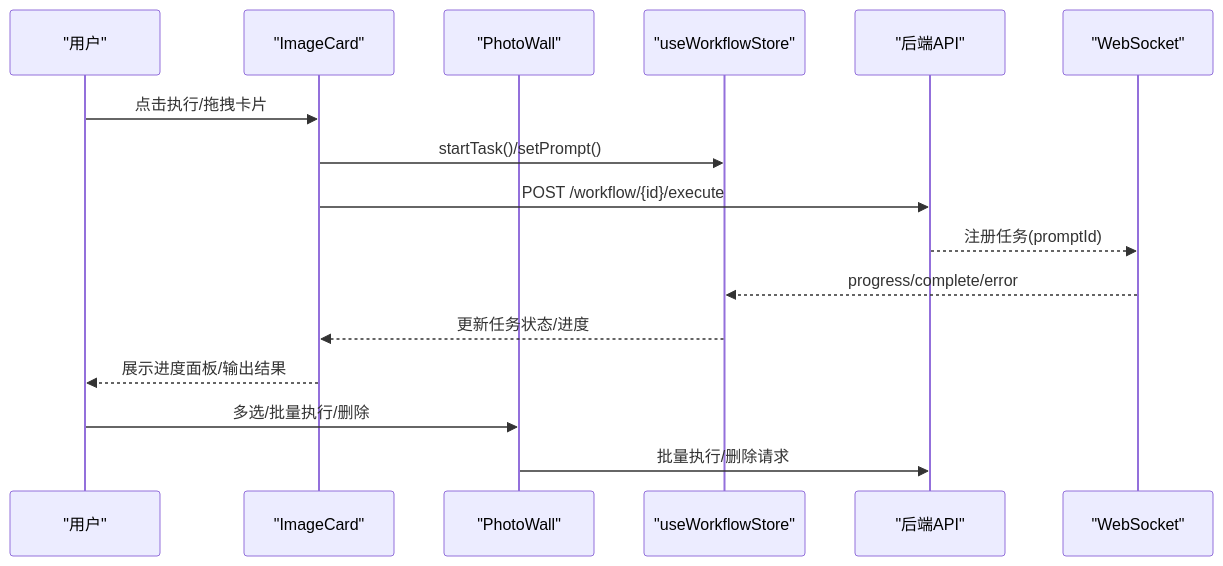
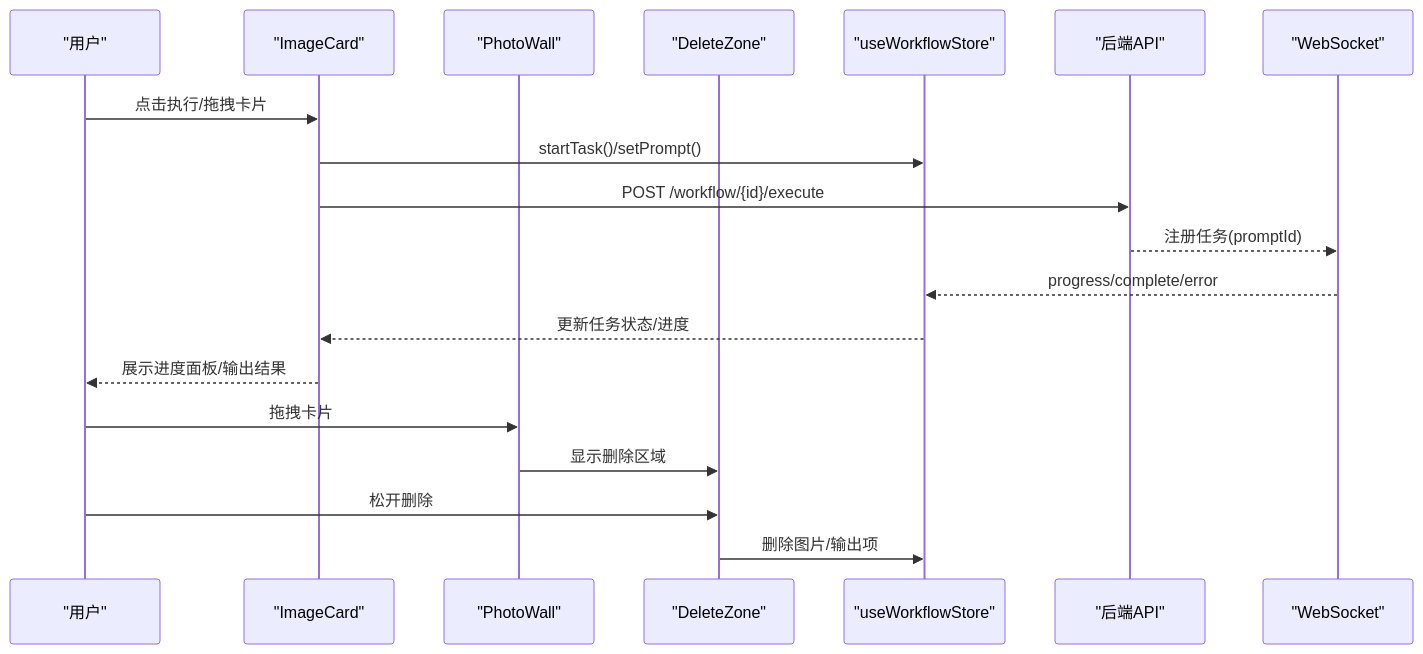
The second of 12 diagrams in .qoder/repowiki/zh/content/用户界面组件/用户界面组件.md (billye220670/CorineKit_Pix2Real), drawn with Mermaid before and after one commit. The commit also changed other lines of this file and 54 other files, not shown here.

First line of the commit message:
feat: 模型下拉菜单元数据管理（缩略图+重命名）及session mask恢复优化

````diff
--- a/.qoder/repowiki/zh/content/用户界面组件/用户界面组件.md
+++ b/.qoder/repowiki/zh/content/用户界面组件/用户界面组件.md
@@ -139,18 +150,21 @@
 ```mermaid
 sequenceDiagram
 participant U as "用户"
 participant IC as "ImageCard"
 participant PW as "PhotoWall"
+participant DDZ as "DeleteZone"
 participant WFS as "useWorkflowStore"
 participant API as "后端API"
 participant WS as "WebSocket"
 U->>IC : 点击执行/拖拽卡片
 IC->>WFS : startTask()/setPrompt()
 IC->>API : POST /workflow/{id}/execute
 API-->>WS : 注册任务(promptId)
 WS-->>WFS : progress/complete/error
 WFS-->>IC : 更新任务状态/进度
 IC-->>U : 展示进度面板/输出结果
-U->>PW : 多选/批量执行/删除
-PW->>API : 批量执行/删除请求
+U->>PW : 拖拽卡片
+PW->>DDZ : 显示删除区域
+U->>DDZ : 松开删除
+DDZ->>WFS : 删除图片/输出项
 ```
````
